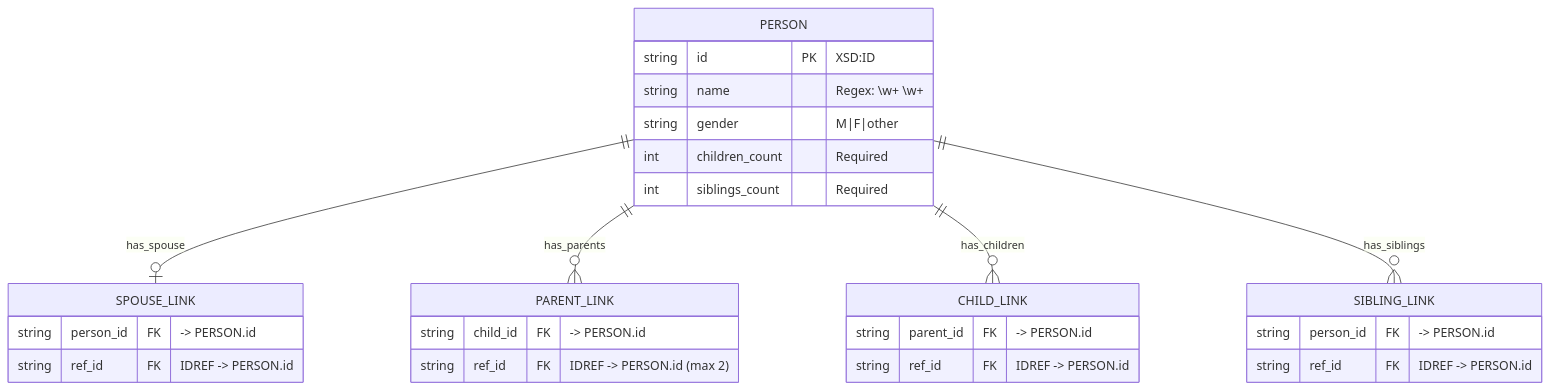
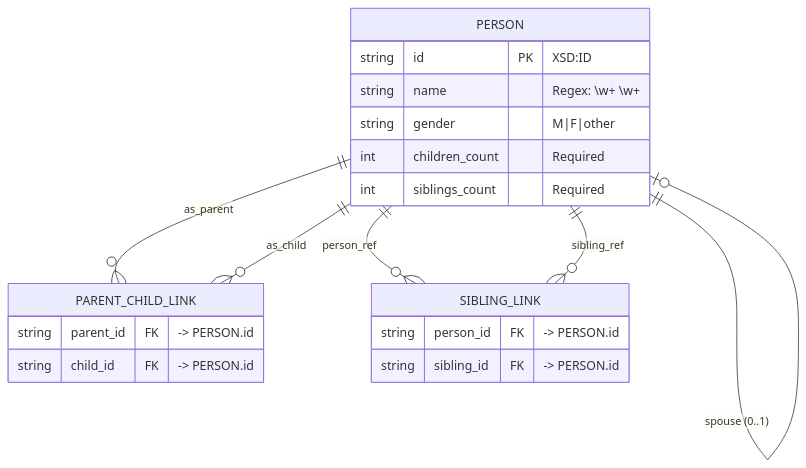
One commit to dromankin/HOI_D1-D6_tasks changed the diagram in d1/d1.mmd. Above: the diagram before and after it, drawn with Mermaid.

Commit message:
d1 fixes

```diff
--- a/d1/d1.mmd
+++ b/d1/d1.mmd
@@ -1,32 +1,25 @@
 erDiagram
     PERSON {
         string id PK "XSD:ID"
         string name "Regex: \w+ \w+"
         string gender "M|F|other"
         int children_count "Required"
         int siblings_count "Required"
     }
 
-    PERSON ||--o| SPOUSE_LINK : "has_spouse"
-    SPOUSE_LINK {
-        string person_id FK "-> PERSON.id"
-        string ref_id FK "IDREF -> PERSON.id"
+    PERSON ||--o| PERSON : "spouse (0..1)"
+
+    
+    PERSON ||--o{ PARENT_CHILD_LINK : "as_parent"
+    PERSON ||--o{ PARENT_CHILD_LINK : "as_child"
+    PARENT_CHILD_LINK {
+        string parent_id FK "-> PERSON.id"
+        string child_id FK "-> PERSON.id"
     }
 
-    PERSON ||--o{ PARENT_LINK : "has_parents"
-    PARENT_LINK {
-        string child_id FK "-> PERSON.id"
-        string ref_id FK "IDREF -> PERSON.id (max 2)"
-    }
-
-    PERSON ||--o{ CHILD_LINK : "has_children"
-    CHILD_LINK {
-        string parent_id FK "-> PERSON.id"
-        string ref_id FK "IDREF -> PERSON.id"
-    }
-
-    PERSON ||--o{ SIBLING_LINK : "has_siblings"
+    PERSON ||--o{ SIBLING_LINK : "person_ref"
+    PERSON ||--o{ SIBLING_LINK : "sibling_ref"
     SIBLING_LINK {
         string person_id FK "-> PERSON.id"
-        string ref_id FK "IDREF -> PERSON.id"
+        string sibling_id FK "-> PERSON.id"
     }
```
